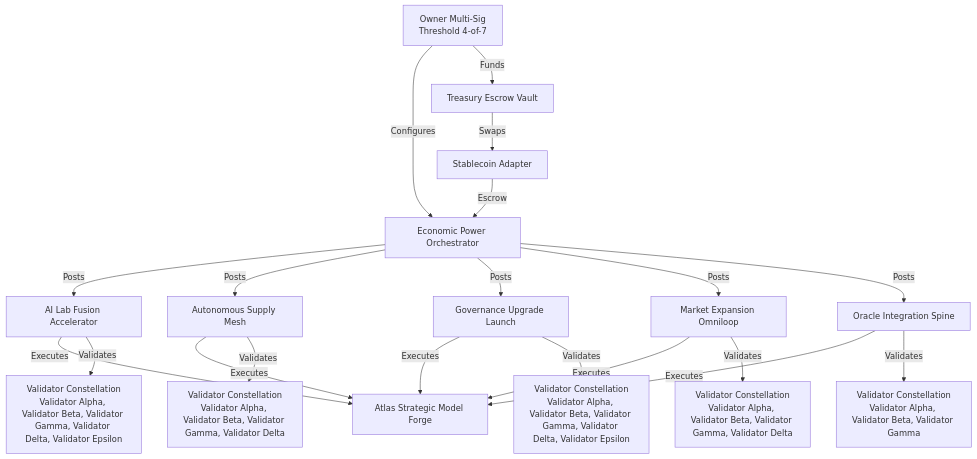
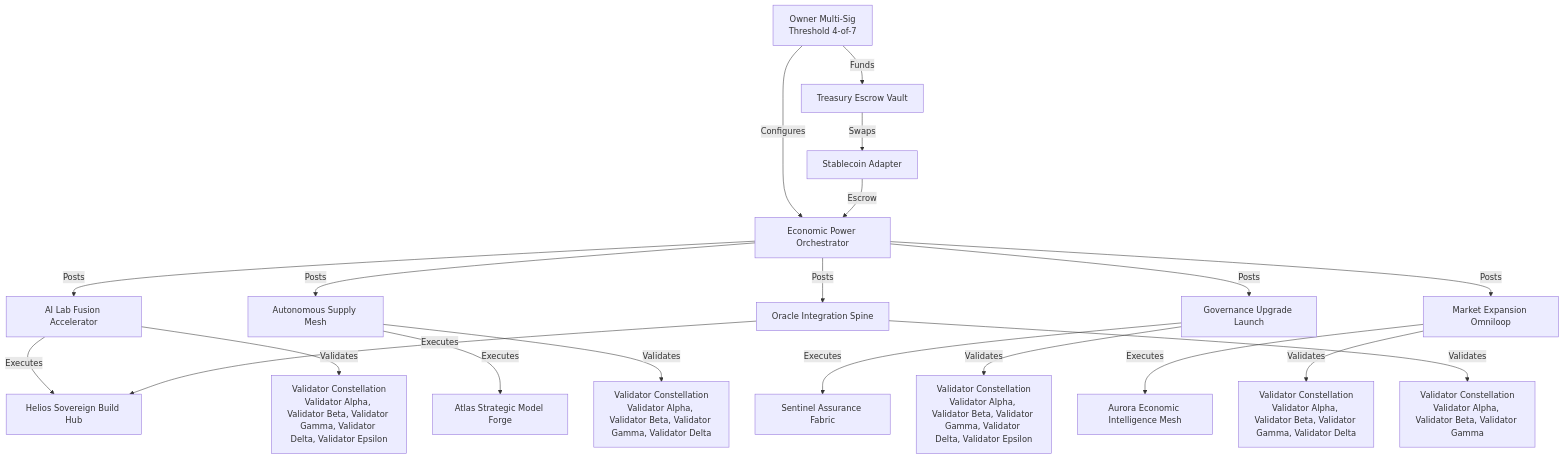
The diagram in demo/Economic-Power-v0/reports/flow.mmd (MontrealAI/AGIJobsv0), drawn with Mermaid before and after one commit. The commit also changed 15 other files, not shown here.

```diff
--- a/demo/Economic-Power-v0/reports/flow.mmd
+++ b/demo/Economic-Power-v0/reports/flow.mmd
@@ -1,26 +1,26 @@
 graph TD
     OwnerSafe[Owner Multi-Sig\nThreshold 4-of-7] -->|Configures| Orchestrator[Economic Power Orchestrator]
     OwnerSafe[Owner Multi-Sig\nThreshold 4-of-7] -->|Funds| Treasury[Treasury Escrow Vault]
     Treasury[Treasury Escrow Vault] -->|Swaps| StablecoinAdapter[Stablecoin Adapter]
     StablecoinAdapter[Stablecoin Adapter] -->|Escrow| Orchestrator[Economic Power Orchestrator]
     Orchestrator[Economic Power Orchestrator]
         Job_job_ai_lab_fusion[AI Lab Fusion Accelerator]
     Job_job_supply_chain[Autonomous Supply Mesh]
     Job_job_governance_upgrade[Governance Upgrade Launch]
     Job_job_market_expansion[Market Expansion Omniloop]
     Job_job_oracle_integration[Oracle Integration Spine]
     Orchestrator -->|Posts| Job_job_ai_lab_fusion
-    Job_job_ai_lab_fusion -->|Executes| Agent_atlas[Atlas Strategic Model Forge]
+    Job_job_ai_lab_fusion -->|Executes| Agent_helios[Helios Sovereign Build Hub]
     Job_job_ai_lab_fusion -->|Validates| ValidatorSet_job_ai_lab_fusion[Validator Constellation\nValidator Alpha, Validator Beta, Validator Gamma, Validator Delta, Validator Epsilon]
     Orchestrator -->|Posts| Job_job_supply_chain
     Job_job_supply_chain -->|Executes| Agent_atlas[Atlas Strategic Model Forge]
     Job_job_supply_chain -->|Validates| ValidatorSet_job_supply_chain[Validator Constellation\nValidator Alpha, Validator Beta, Validator Gamma, Validator Delta]
     Orchestrator -->|Posts| Job_job_governance_upgrade
-    Job_job_governance_upgrade -->|Executes| Agent_atlas[Atlas Strategic Model Forge]
+    Job_job_governance_upgrade -->|Executes| Agent_sentinel[Sentinel Assurance Fabric]
     Job_job_governance_upgrade -->|Validates| ValidatorSet_job_governance_upgrade[Validator Constellation\nValidator Alpha, Validator Beta, Validator Gamma, Validator Delta, Validator Epsilon]
     Orchestrator -->|Posts| Job_job_market_expansion
-    Job_job_market_expansion -->|Executes| Agent_atlas[Atlas Strategic Model Forge]
+    Job_job_market_expansion -->|Executes| Agent_aurora[Aurora Economic Intelligence Mesh]
     Job_job_market_expansion -->|Validates| ValidatorSet_job_market_expansion[Validator Constellation\nValidator Alpha, Validator Beta, Validator Gamma, Validator Delta]
     Orchestrator -->|Posts| Job_job_oracle_integration
-    Job_job_oracle_integration -->|Executes| Agent_atlas[Atlas Strategic Model Forge]
+    Job_job_oracle_integration -->|Executes| Agent_helios[Helios Sovereign Build Hub]
     Job_job_oracle_integration -->|Validates| ValidatorSet_job_oracle_integration[Validator Constellation\nValidator Alpha, Validator Beta, Validator Gamma]
```
